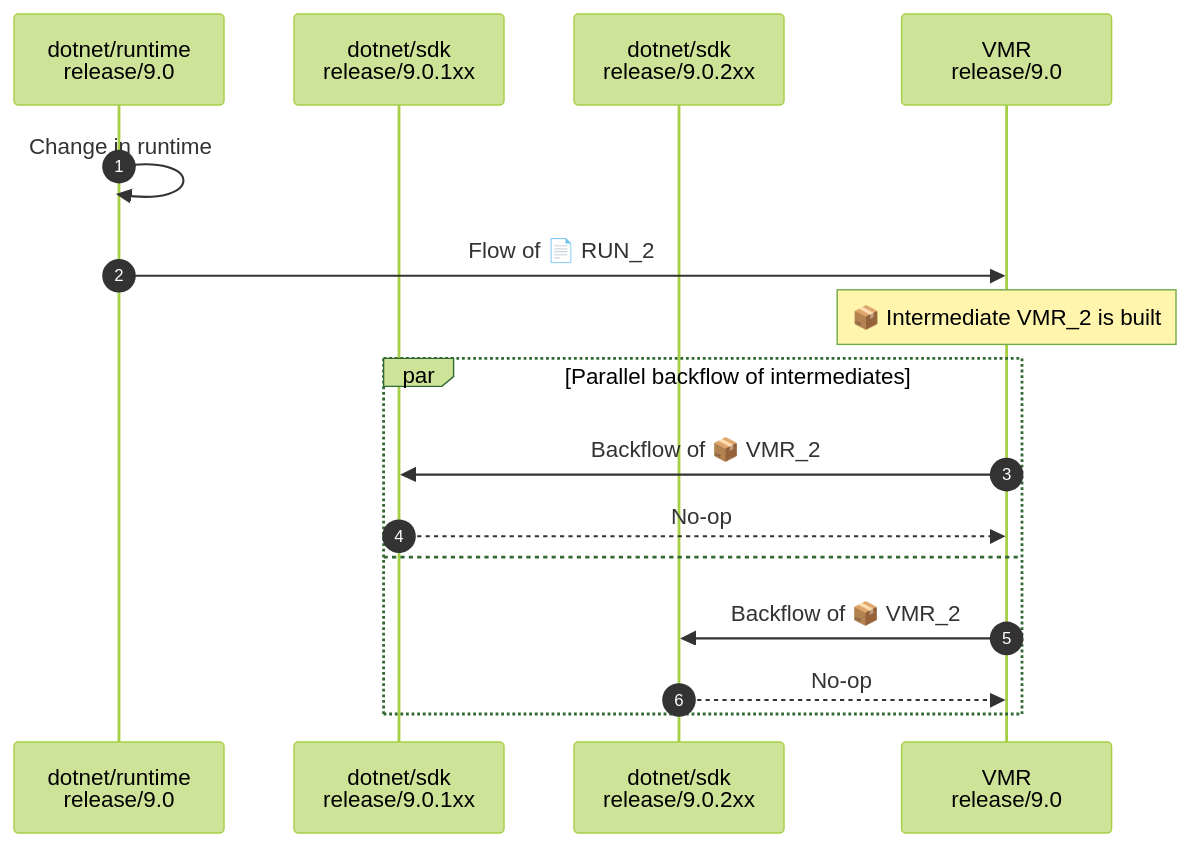
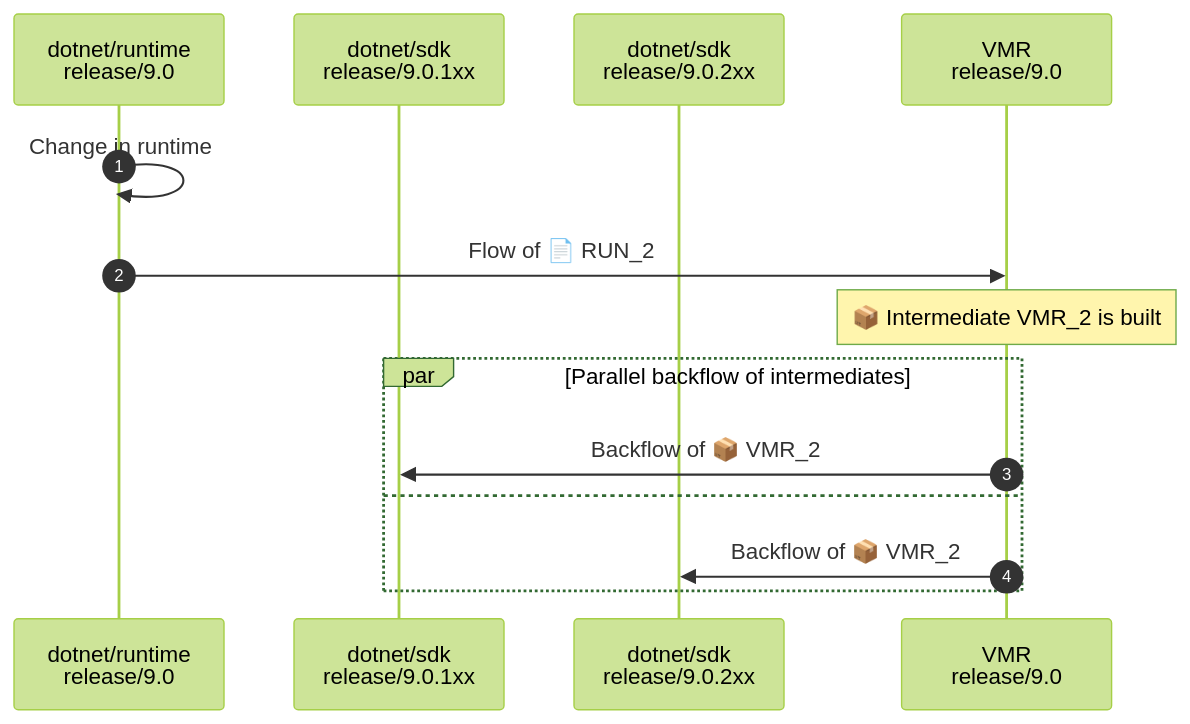
The first of 2 diagrams in Documentation/UnifiedBuild/VMR-Managing-SDK-Bands-Side-by-Side-folders.md (dotnet/arcade), drawn with Mermaid (forest theme) before and after one commit. The commit also changed 1 other file, not shown here.

Commit message:
More cosmetics

````diff
--- a/Documentation/UnifiedBuild/VMR-Managing-SDK-Bands-Side-by-Side-folders.md
+++ b/Documentation/UnifiedBuild/VMR-Managing-SDK-Bands-Side-by-Side-folders.md
@@ -93,21 +93,19 @@
 ```mermaid
 sequenceDiagram
     autonumber
 
     participant runtime as dotnet/runtime<br />release/9.0
     participant SDK_1xx as dotnet/sdk<br />release/9.0.1xx
     participant SDK_2xx as dotnet/sdk<br />release/9.0.2xx
     participant VMR as VMR<br />release/9.0
 
     runtime->>runtime: Change in runtime
     runtime->>VMR: Flow of 📄 RUN_2
     Note over VMR: 📦 Intermediate VMR_2 is built
 
     par Parallel backflow of intermediates
         VMR->>SDK_1xx: Backflow of 📦 VMR_2
-        SDK_1xx-->>VMR: No-op
     and
         VMR->>SDK_2xx: Backflow of 📦 VMR_2
-        SDK_2xx-->>VMR: No-op
     end
 ```
````
